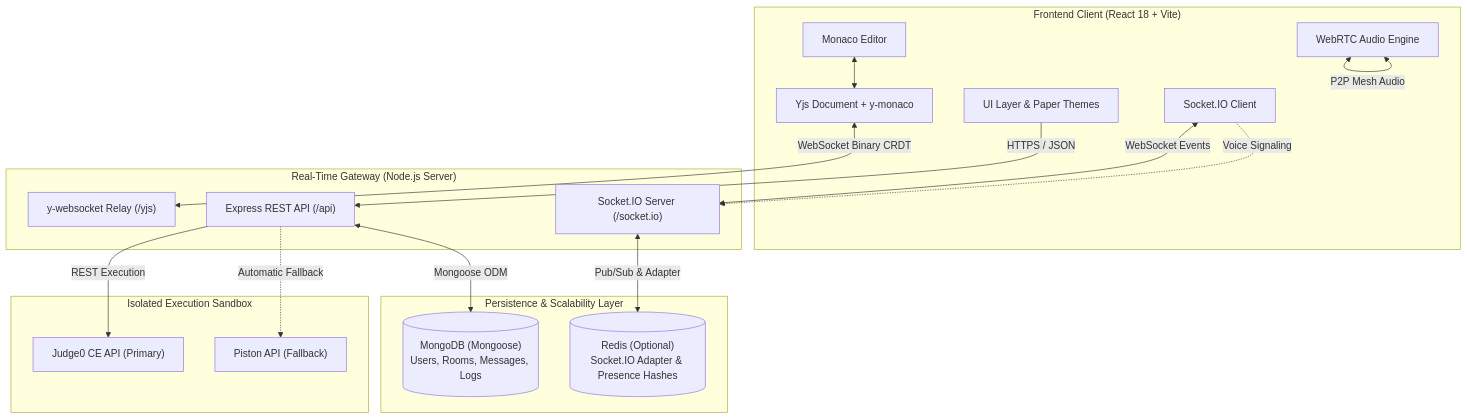
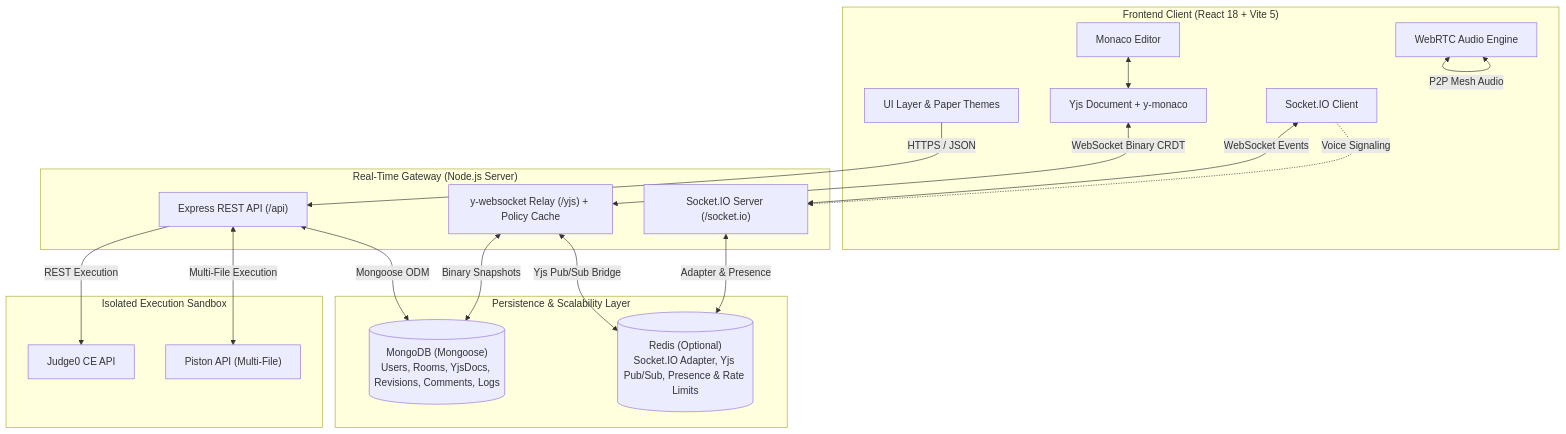
Before and after one commit to saisanthu07/collaborative-code-editor: the diagram in README.md, drawn with Mermaid. The commit also changed other lines of this file and 4 other files, not shown here.

````diff
--- a/README.md
+++ b/README.md
@@ -99,38 +87,40 @@
 ```mermaid
 flowchart TD
-    subgraph Client["Frontend Client (React 18 + Vite)"]
+    subgraph Client["Frontend Client (React 18 + Vite 5)"]
         UI["UI Layer & Paper Themes"]
         Monaco["Monaco Editor"]
         YjsDoc["Yjs Document + y-monaco"]
         WebRTC["WebRTC Audio Engine"]
         SocketClient["Socket.IO Client"]
     end
 
     subgraph Realtime["Real-Time Gateway (Node.js Server)"]
-        YjsRelay["y-websocket Relay (/yjs)"]
+        YjsRelay["y-websocket Relay (/yjs) + Policy Cache"]
         SocketEngine["Socket.IO Server (/socket.io)"]
         ExpressApp["Express REST API (/api)"]
     end
 
     subgraph Data["Persistence & Scalability Layer"]
-        MongoDB[("MongoDB (Mongoose)\nUsers, Rooms, Messages, Logs")]
-        RedisCluster[("Redis (Optional)\nSocket.IO Adapter & Presence Hashes")]
+        MongoDB[("MongoDB (Mongoose)\nUsers, Rooms, YjsDocs, Revisions, Comments, Logs")]
+        RedisCluster[("Redis (Optional)\nSocket.IO Adapter, Yjs Pub/Sub, Presence & Rate Limits")]
     end
 
     subgraph Sandbox["Isolated Execution Sandbox"]
-        Judge0["Judge0 CE API (Primary)"]
-        Piston["Piston API (Fallback)"]
+        Judge0["Judge0 CE API"]
+        Piston["Piston API (Multi-File)"]
     end
 
     Monaco <--> YjsDoc
     YjsDoc <-->|WebSocket Binary CRDT| YjsRelay
     SocketClient <-->|WebSocket Events| SocketEngine
     WebRTC <-->|P2P Mesh Audio| WebRTC
     SocketClient -.->|Voice Signaling| SocketEngine
     UI -->|HTTPS / JSON| ExpressApp
 
-    SocketEngine <-->|Pub/Sub & Adapter| RedisCluster
+    YjsRelay <-->|Yjs Pub/Sub Bridge| RedisCluster
+    SocketEngine <-->|Adapter & Presence| RedisCluster
     ExpressApp <-->|Mongoose ODM| MongoDB
+    YjsRelay <-->|Binary Snapshots| MongoDB
     ExpressApp -->|REST Execution| Judge0
-    ExpressApp -.->|Automatic Fallback| Piston
+    ExpressApp <-->|Multi-File Execution| Piston
 ```
````
